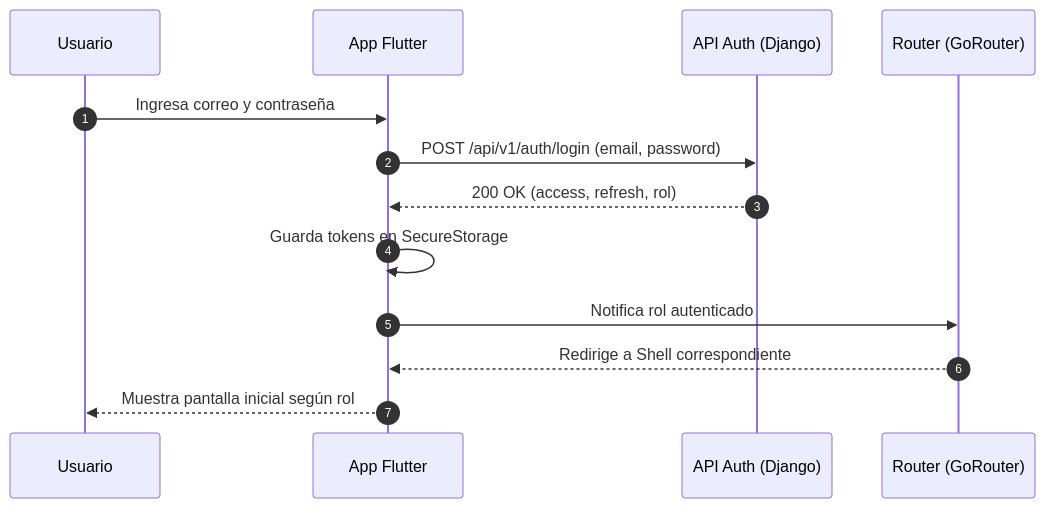
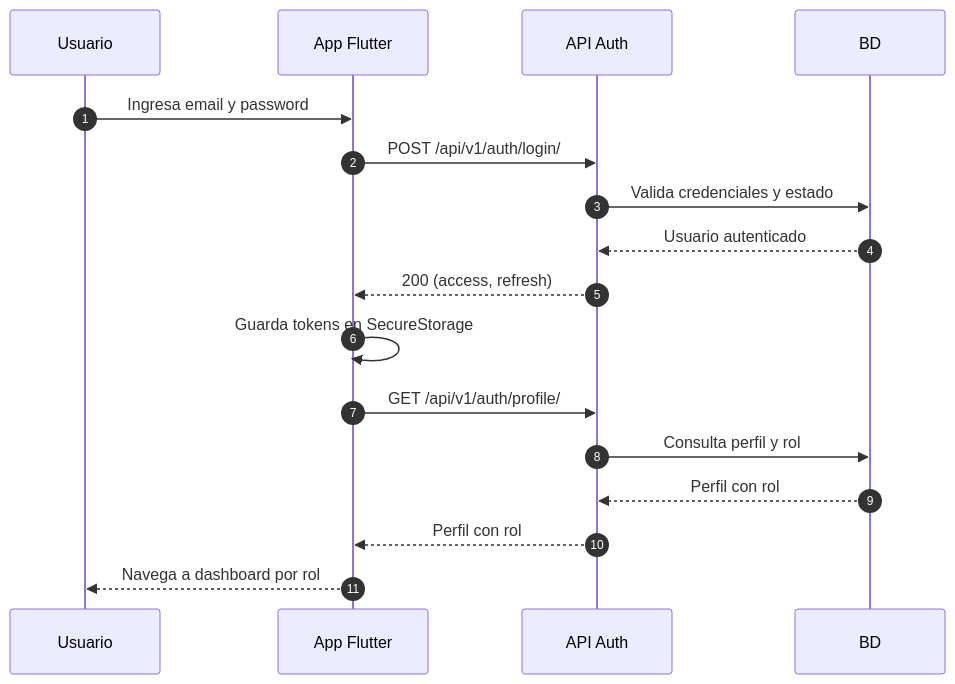
One commit to Karatsuyu/Runners changed the tenth of 42 diagrams in Documento_Desarrollo_Runners.md. Above: the diagram before and after it, drawn with Mermaid. The commit also changed other lines of this file and 4 other files, not shown here.

Commit message:
docs: sync runners documentation and flows

````diff
--- a/Documento_Desarrollo_Runners.md
+++ b/Documento_Desarrollo_Runners.md
@@ -1510,16 +1909,20 @@
 ```mermaid
 sequenceDiagram
     autonumber
     participant U as Usuario
     participant F as App Flutter
-    participant A as API Auth (Django)
-    participant R as Router (GoRouter)
+    participant A as API Auth
+    participant DB as BD
 
-    U->>F: Ingresa correo y contraseña
-    F->>A: POST /api/v1/auth/login (email, password)
-    A-->>F: 200 OK (access, refresh, rol)
+    U->>F: Ingresa email y password
+    F->>A: POST /api/v1/auth/login/
+    A->>DB: Valida credenciales y estado
+    DB-->>A: Usuario autenticado
+    A-->>F: 200 (access, refresh)
     F->>F: Guarda tokens en SecureStorage
-    F->>R: Notifica rol autenticado
-    R-->>F: Redirige a Shell correspondiente
-    F-->>U: Muestra pantalla inicial según rol
+    F->>A: GET /api/v1/auth/profile/
+    A->>DB: Consulta perfil y rol
+    DB-->>A: Perfil con rol
+    A-->>F: Perfil con rol
+    F-->>U: Navega a dashboard por rol
 ```
````
